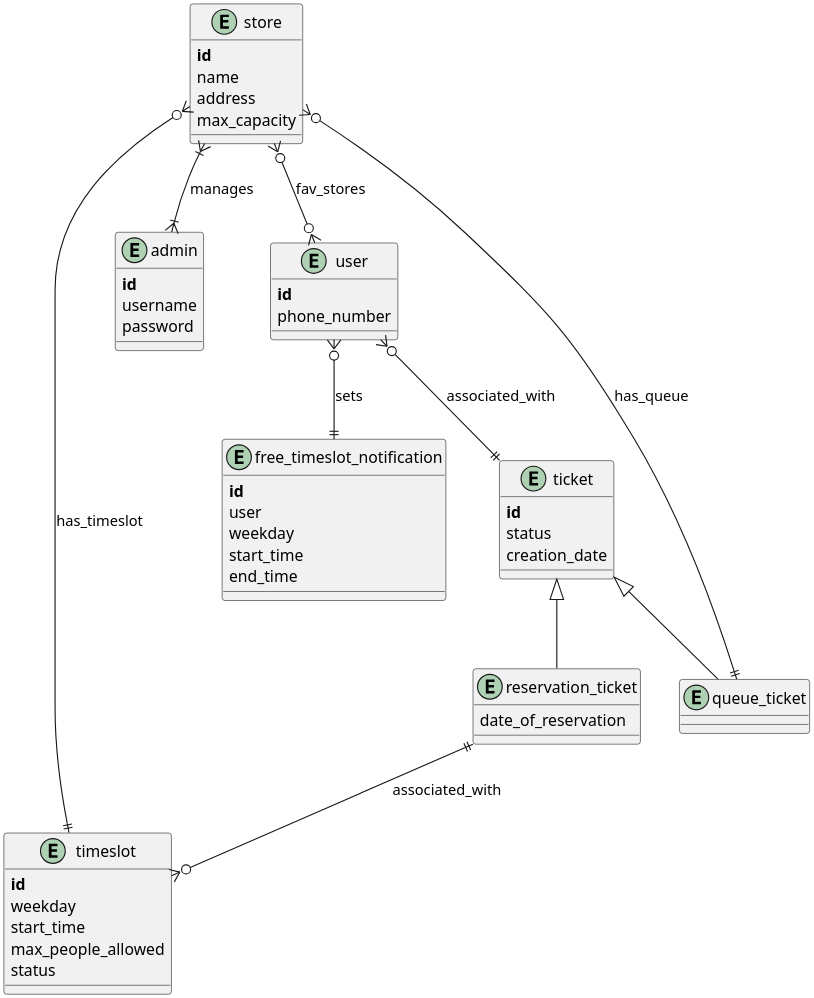
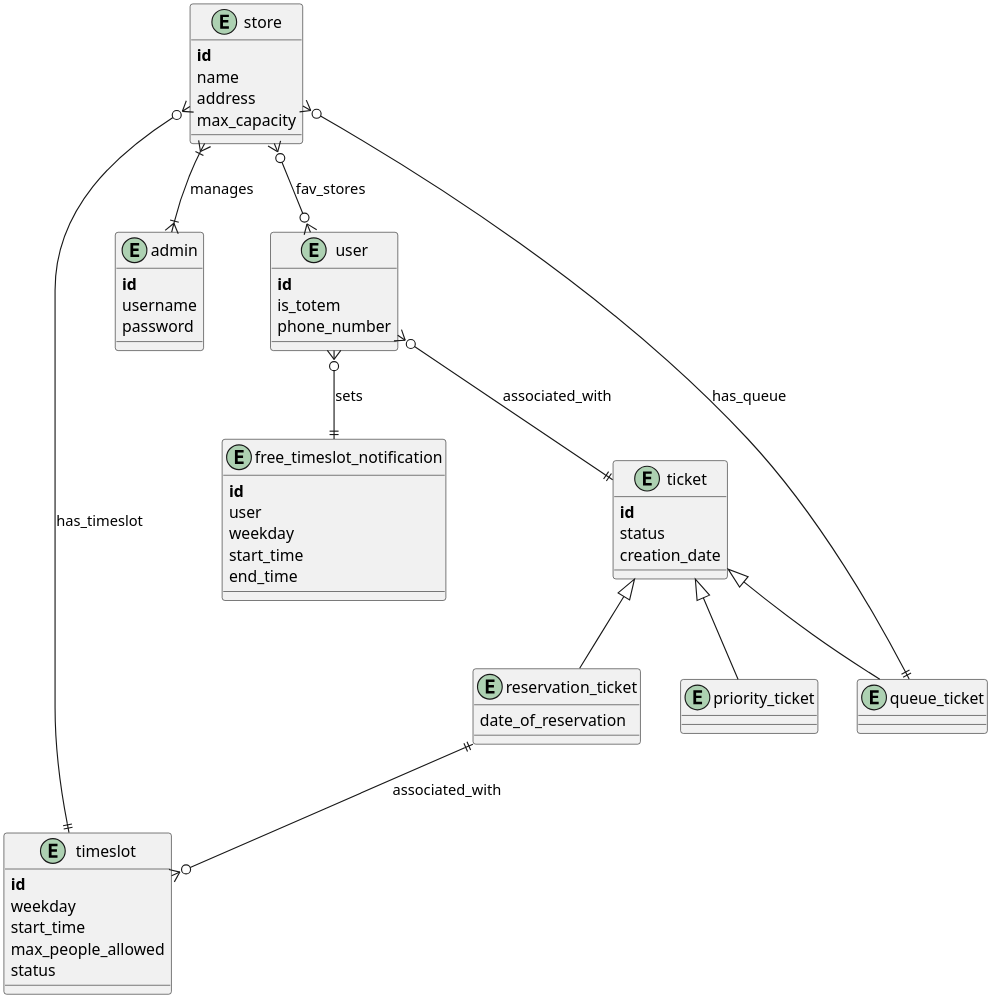
One commit to andreafra/Software-Engineering-2-Project-2021 changed the diagram in DD/uml/db_structure.puml. Above: the diagram before and after it, drawn with PlantUML. The commit also changed 6 other files, not shown here.

Commit message:
Fixed old pictures  & (+) seq. diag. priority ticket

```diff
--- a/DD/uml/db_structure.puml
+++ b/DD/uml/db_structure.puml
@@ -1,84 +1,88 @@
 @startuml db_structure
 
 skinparam {
    dpi 300
 }
 
 '..... ENTITIES START......'
 together {
     entity ticket{
         **id**
         status
         creation_date
     }
 
-    entity queue_ticket { 
-
+    entity queue_ticket {
     }
 
     entity reservation_ticket{
             date_of_reservation
+    }
+
+    entity priority_ticket{
     }
 }
 
 together {
     entity user{
         **id**
+        is_totem
         phone_number
     }
     entity free_timeslot_notification{
         **id**
         user
         weekday
         start_time
         end_time
     }
 }
 
 entity timeslot{
     **id**
     weekday
     start_time
     max_people_allowed
     status
 }
 
 entity store{
     **id**
     name
     address
     max_capacity
 }
 
 entity admin{
     **id**
     username
     password
 }
 
 
 
 '.... ENTITIES END ....'
 
 
 '.... RELATIONS START....'
 store }|--|{ admin : manages
 store }o--|| queue_ticket : has_queue
 store }o--|| timeslot : has_timeslot
 store }o--o{ user : fav_stores
 
 
 user }o--|| ticket : associated_with
 user }o--|| free_timeslot_notification : sets
 
 ticket <|-- queue_ticket
 ticket <|-- reservation_ticket
+ticket <|-- priority_ticket
 
 reservation_ticket ||--o{ timeslot : associated_with
 
 
 '.... RELATIONS END .....'
 
 
 
 @enduml
```
